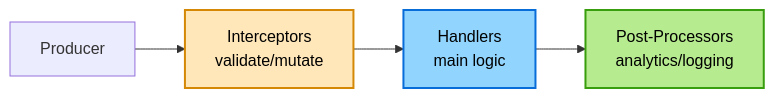
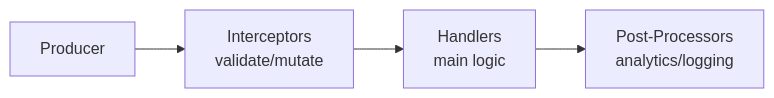
Before and after one commit to wallstop/DxMessaging: the second of 2 diagrams in README.md, drawn with Mermaid. The commit also changed other lines of this file and 54 other files, not shown here.

````diff
--- a/README.md
+++ b/README.md
@@ -446,9 +438,6 @@
 ```mermaid
 flowchart LR
     P[Producer] --> I[Interceptors<br/>validate/mutate]
     I --> H[Handlers<br/>main logic]
     H --> PP[Post-Processors<br/>analytics/logging]
-    style I fill:#ffe7ba,stroke:#d48806,stroke-width:2px,color:#000
-    style H fill:#91d5ff,stroke:#096dd9,stroke-width:2px,color:#000
-    style PP fill:#b7eb8f,stroke:#389e0d,stroke-width:2px,color:#000
 ```
````
